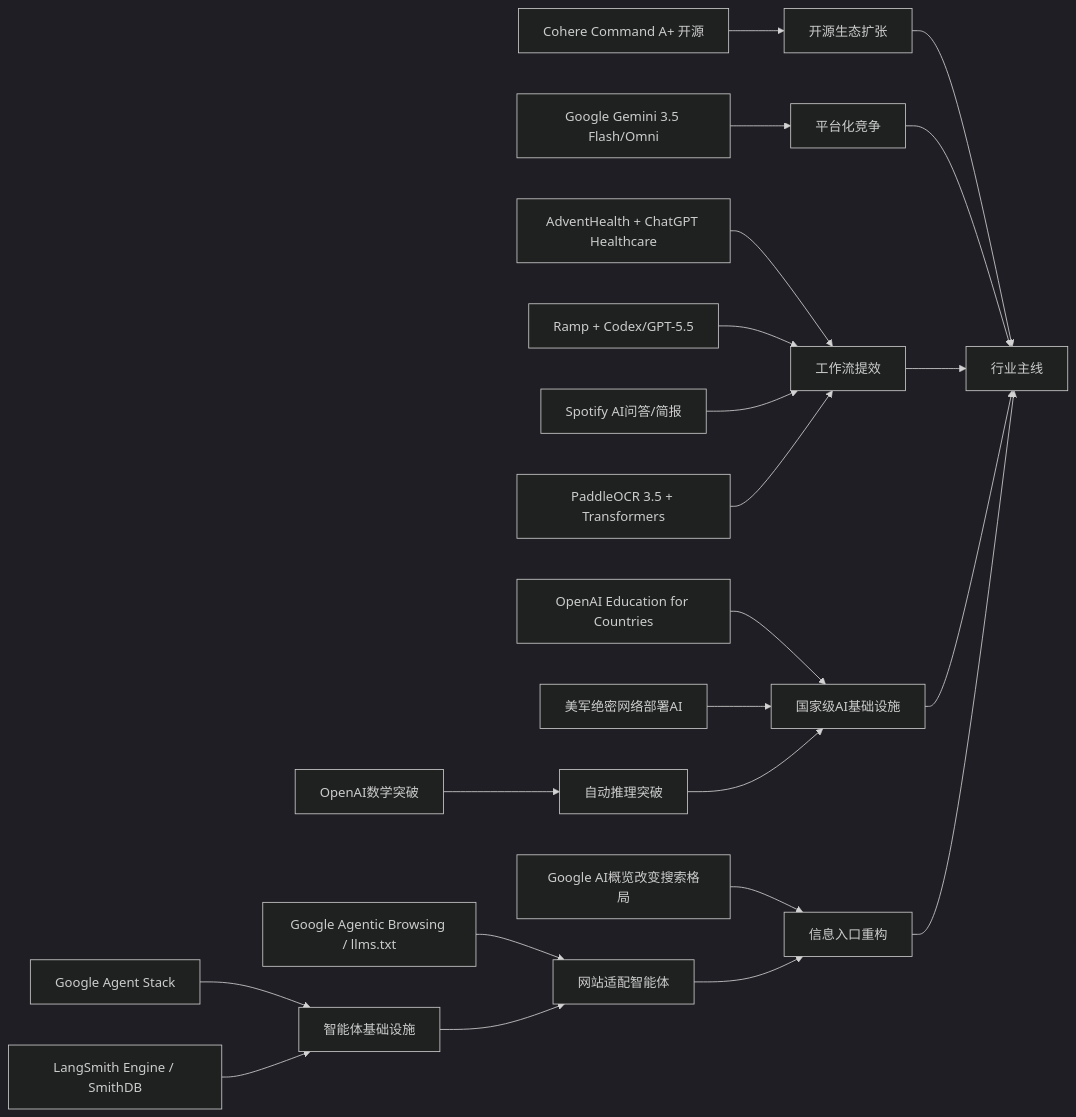
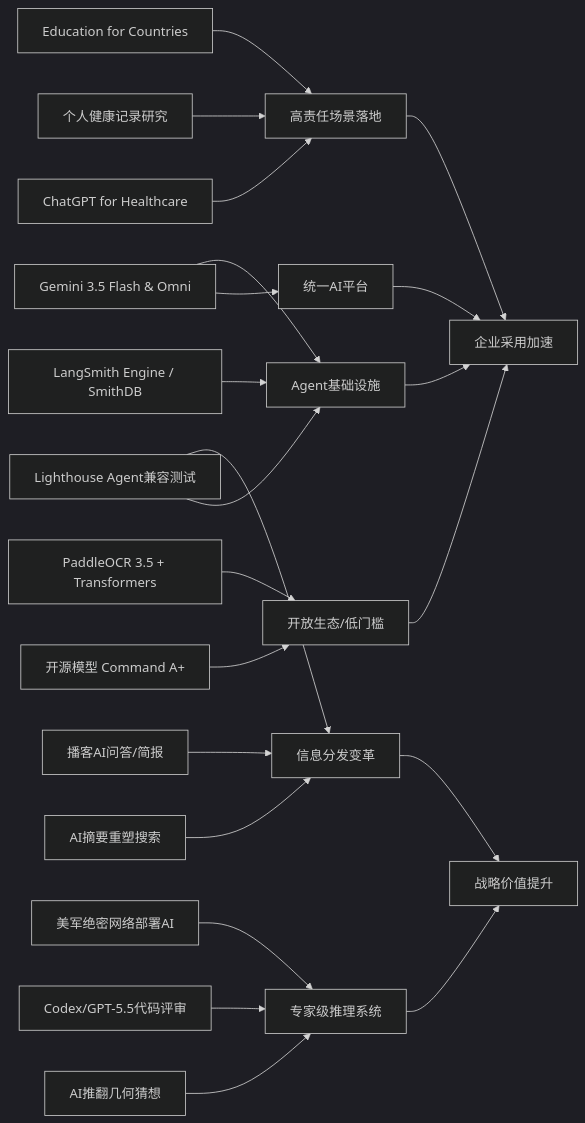
One commit to zhuxinfei/ai-daily-site changed the diagram in content/cn/2026/2026-05/2026-05-22.md. Above: the diagram before and after it, drawn with Mermaid (dark theme). The commit also changed other lines of this file, not shown here.

````diff
--- a/content/cn/2026/2026-05/2026-05-22.md
+++ b/content/cn/2026/2026-05/2026-05-22.md
@@ -110,28 +110,29 @@
 ```mermaid
 graph LR
-    Cohere[Cohere Command A+ 开源] --> Ecosystem[开源生态扩张]
-    GoogleModel[Google Gemini 3.5 Flash/Omni] --> Platform[平台化竞争]
-    GoogleAgent[Google Agent Stack] --> AgentInfra[智能体基础设施]
-    LangSmith[LangSmith Engine / SmithDB] --> AgentInfra
-    GoogleBrowse[Google Agentic Browsing / llms.txt] --> WebAdapt[网站适配智能体]
-    AgentInfra --> WebAdapt
+    Cohere[开源模型 Command A+] --> OpenEcosystem[开放生态/低门槛]
+    GoogleGemini[Gemini 3.5 Flash & Omni] --> AgentPlatform[统一AI平台]
+    PaddleOCR[PaddleOCR 3.5 + Transformers] --> OpenEcosystem
 
-    AdventHealth[AdventHealth + ChatGPT Healthcare] --> WorkflowAI[工作流提效]
-    Ramp[Ramp + Codex/GPT-5.5] --> WorkflowAI
-    Spotify[Spotify AI问答/简报] --> WorkflowAI
-    PaddleOCR[PaddleOCR 3.5 + Transformers] --> WorkflowAI
+    LangSmith[LangSmith Engine / SmithDB] --> AgentInfra[Agent基础设施]
+    GoogleLighthouse[Lighthouse Agent兼容测试] --> AgentInfra
+    GoogleGemini --> AgentInfra
 
-    OpenAIMath[OpenAI数学突破] --> Reasoning[自动推理突破]
-    Education[OpenAI Education for Countries] --> SovereignAI[国家级AI基础设施]
-    CyberCommand[美军绝密网络部署AI] --> SovereignAI
-    Reasoning --> SovereignAI
+    AdventHealth[ChatGPT for Healthcare] --> RegulatedAI[高责任场景落地]
+    HealthRecord[个人健康记录研究] --> RegulatedAI
+    OpenAIEdu[Education for Countries] --> RegulatedAI
 
-    SearchAI[Google AI概览改变搜索格局] --> TrafficShift[信息入口重构]
-    WebAdapt --> TrafficShift
+    OpenAIMath[AI推翻几何猜想] --> Reasoning[专家级推理系统]
+    Ramp[Codex/GPT-5.5代码评审] --> Reasoning
+    USCyber[美军绝密网络部署AI] --> Reasoning
 
-    Ecosystem --> IndustryTrend[行业主线]
-    Platform --> IndustryTrend
-    WorkflowAI --> IndustryTrend
-    SovereignAI --> IndustryTrend
-    TrafficShift --> IndustryTrend
+    SearchShift[AI摘要重塑搜索] --> Distribution[信息分发变革]
+    Spotify[播客AI问答/简报] --> Distribution
+    GoogleLighthouse --> Distribution
+
+    OpenEcosystem --> EnterpriseAdoption[企业采用加速]
+    AgentPlatform --> EnterpriseAdoption
+    AgentInfra --> EnterpriseAdoption
+    RegulatedAI --> EnterpriseAdoption
+    Reasoning --> StrategicValue[战略价值提升]
+    Distribution --> StrategicValue
 ```
````
